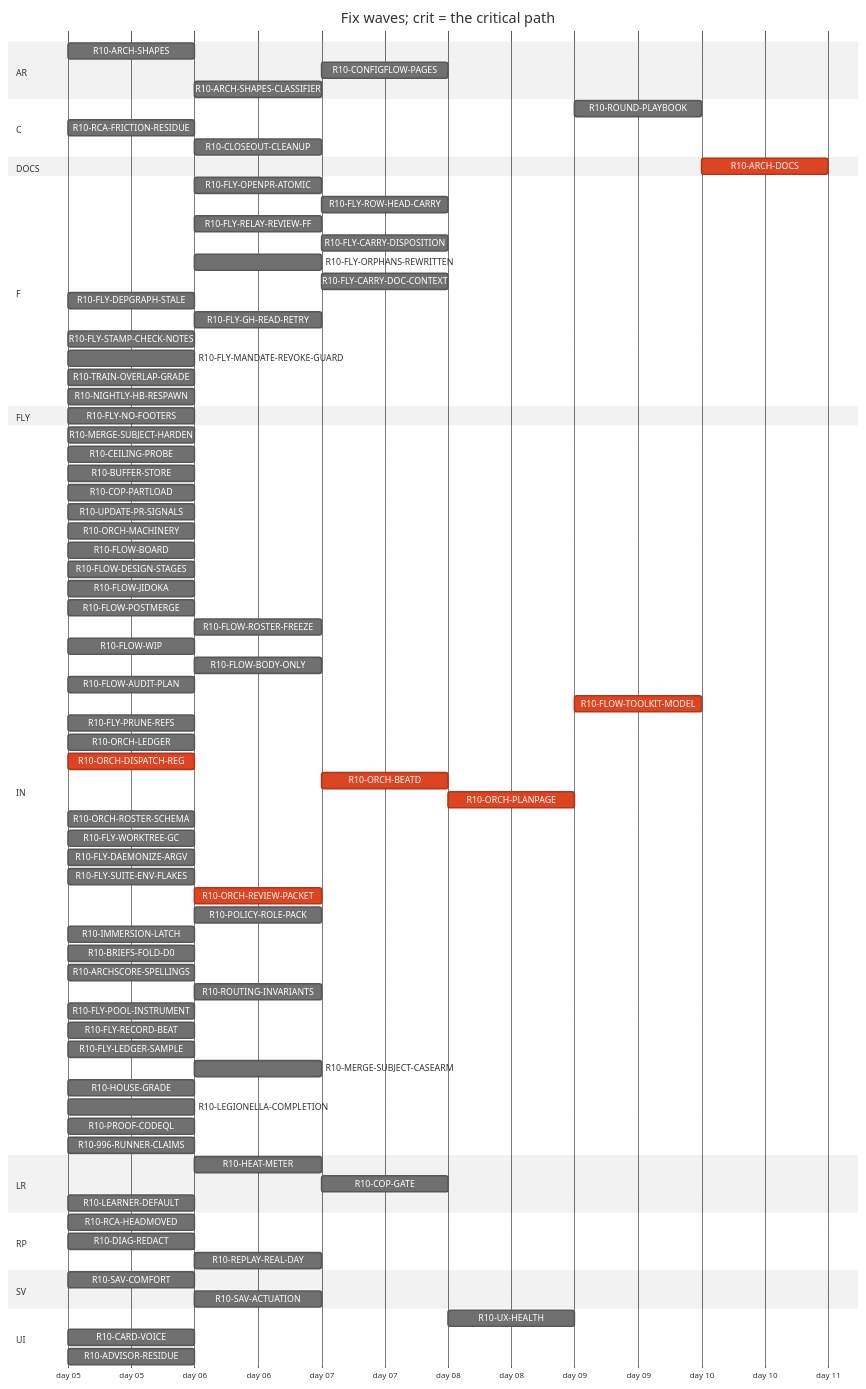
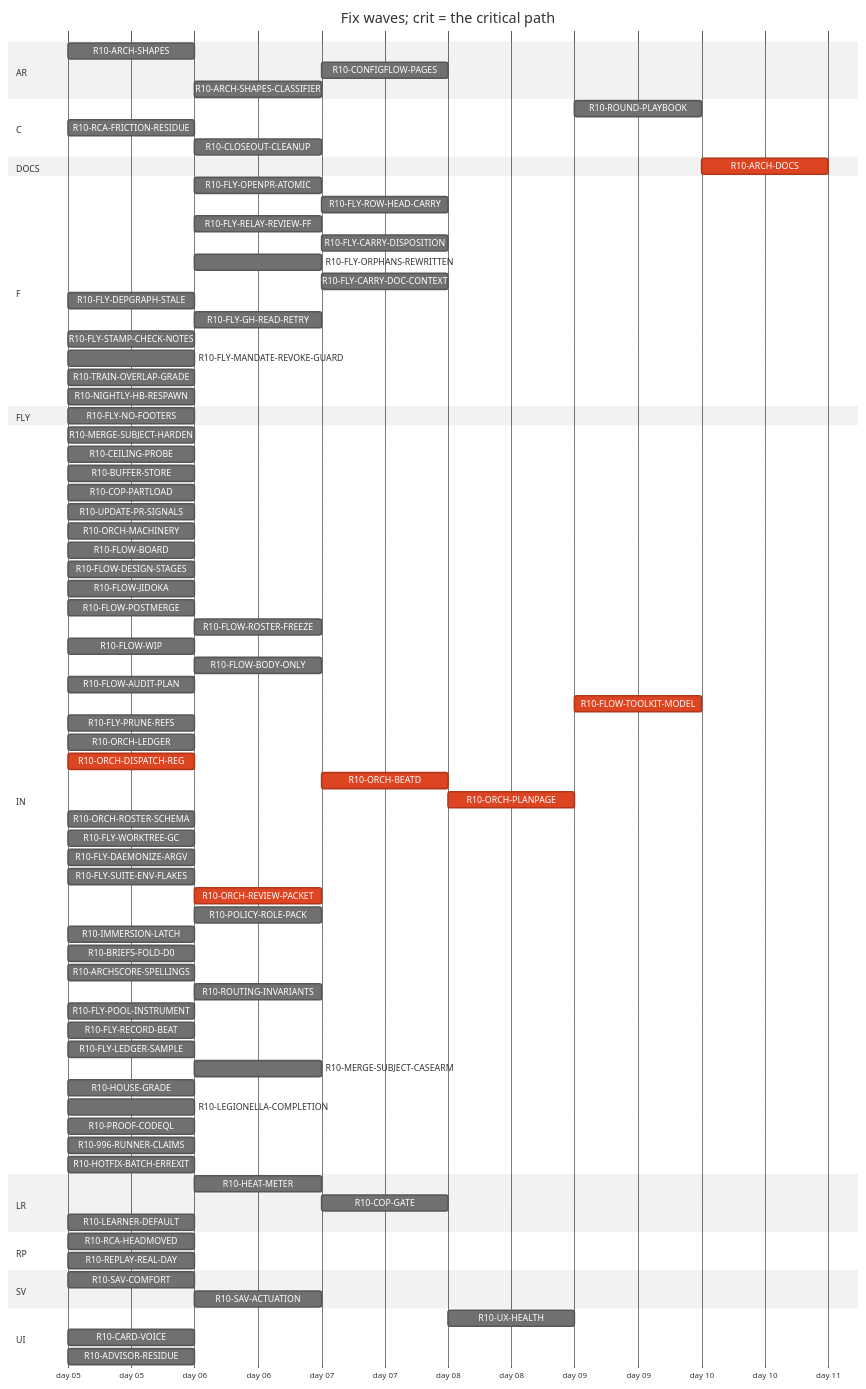
Before and after one commit to tvofi/heatpump_optimizer: the diagram in handoff/round10/state/PLAN-TABLE.md, drawn with Mermaid (neutral theme). The commit also changed other lines of this file and 2 other files, not shown here.

```diff
--- a/handoff/round10/state/PLAN-TABLE.md
+++ b/handoff/round10/state/PLAN-TABLE.md
@@ -34,7 +34,7 @@
     R10-RCA-FRICTION-RESIDUE :r10RCAFRICTIONRESIDUE, 2026-01-05, 1d
     R10-CLOSEOUT-CLEANUP :r10CLOSEOUTCLEANUP, after r10FLYPRUNEREFS r10FLYWORKTREEGC, 1d
   section DOCS
-    R10-ARCH-DOCS :crit, r10ARCHDOCS, after r10ARCHSHAPES r10HEATMETER r10COPGATE r10UXHEALTH r10CONFIGFLOWPAGES r10RCAHEADMOVED r10SAVCOMFORT r10MERGESUBJECTHARDEN r10CEILINGPROBE r10BUFFERSTORE r10COPPARTLOAD r10UPDATEPRSIGNALS r10CARDVOICE r10LEARNERDEFAULT r10FLOWBOARD r10FLOWDESIGNSTAGES r10FLOWJIDOKA r10FLOWPOSTMERGE r10FLOWROSTERFREEZE r10FLOWWIP r10FLOWBODYONLY r10FLYOPENPRATOMIC r10FLYROWHEADCARRY r10FLOWAUDITPLAN r10FLYRELAYREVIEWFF r10FLYCARRYDISPOSITION r10FLYORPHANSREWRITTEN r10FLYCARRYDOCCONTEXT r10FLYDEPGRAPHSTALE r10FLOWTOOLKITMODEL r10FLYSTAMPCHECKNOTES r10FLYMANDATEREVOKEGUARD r10RCAFRICTIONRESIDUE r10TRAINOVERLAPGRADE r10NIGHTLYHBRESPAWN r10FLYPRUNEREFS r10ORCHLEDGER r10ORCHDISPATCHREG r10ORCHBEATD r10ORCHPLANPAGE r10ORCHROSTERSCHEMA r10FLYWORKTREEGC r10FLYDAEMONIZEARGV r10ORCHREVIEWPACKET r10POLICYROLEPACK r10IMMERSIONLATCH r10DIAGREDACT r10ADVISORRESIDUE r10BRIEFSFOLDD0 r10REPLAYREALDAY r10ARCHSCORESPELLINGS r10SAVACTUATION r10FLYLEDGERSAMPLE r10LEGIONELLACOMPLETION, 1d
+    R10-ARCH-DOCS :crit, r10ARCHDOCS, after r10ARCHSHAPES r10HEATMETER r10COPGATE r10UXHEALTH r10CONFIGFLOWPAGES r10RCAHEADMOVED r10SAVCOMFORT r10MERGESUBJECTHARDEN r10CEILINGPROBE r10BUFFERSTORE r10COPPARTLOAD r10UPDATEPRSIGNALS r10CARDVOICE r10LEARNERDEFAULT r10FLOWBOARD r10FLOWDESIGNSTAGES r10FLOWJIDOKA r10FLOWPOSTMERGE r10FLOWROSTERFREEZE r10FLOWWIP r10FLOWBODYONLY r10FLYOPENPRATOMIC r10FLYROWHEADCARRY r10FLOWAUDITPLAN r10FLYRELAYREVIEWFF r10FLYCARRYDISPOSITION r10FLYORPHANSREWRITTEN r10FLYCARRYDOCCONTEXT r10FLYDEPGRAPHSTALE r10FLOWTOOLKITMODEL r10FLYSTAMPCHECKNOTES r10FLYMANDATEREVOKEGUARD r10RCAFRICTIONRESIDUE r10TRAINOVERLAPGRADE r10NIGHTLYHBRESPAWN r10FLYPRUNEREFS r10ORCHLEDGER r10ORCHDISPATCHREG r10ORCHBEATD r10ORCHPLANPAGE r10ORCHROSTERSCHEMA r10FLYWORKTREEGC r10FLYDAEMONIZEARGV r10ORCHREVIEWPACKET r10POLICYROLEPACK r10IMMERSIONLATCH r10ADVISORRESIDUE r10BRIEFSFOLDD0 r10REPLAYREALDAY r10ARCHSCORESPELLINGS r10SAVACTUATION r10FLYLEDGERSAMPLE r10LEGIONELLACOMPLETION, 1d
   section F
     R10-FLY-OPENPR-ATOMIC :r10FLYOPENPRATOMIC, after r10UPDATEPRSIGNALS, 1d
     R10-FLY-ROW-HEAD-CARRY :r10FLYROWHEADCARRY, after r10FLYOPENPRATOMIC, 1d
@@ -89,14 +89,14 @@
     R10-LEGIONELLA-COMPLETION :r10LEGIONELLACOMPLETION, 2026-01-05, 1d
     R10-PROOF-CODEQL :r10PROOFCODEQL, 2026-01-05, 1d
     R10-996-RUNNER-CLAIMS :r10996RUNNERCLAIMS, 2026-01-05, 1d
+    R10-HOTFIX-BATCH-ERREXIT :r10HOTFIXBATCHERREXIT, 2026-01-05, 1d
   section LR
     R10-HEAT-METER :r10HEATMETER, after r10ARCHSHAPES, 1d
     R10-COP-GATE :r10COPGATE, after r10HEATMETER, 1d
     R10-LEARNER-DEFAULT :r10LEARNERDEFAULT, 2026-01-05, 1d
   section RP
     R10-RCA-HEADMOVED :r10RCAHEADMOVED, 2026-01-05, 1d
-    R10-DIAG-REDACT :r10DIAGREDACT, 2026-01-05, 1d
-    R10-REPLAY-REAL-DAY :r10REPLAYREALDAY, after r10DIAGREDACT, 1d
+    R10-REPLAY-REAL-DAY :r10REPLAYREALDAY, 2026-01-05, 1d
   section SV
     R10-SAV-COMFORT :r10SAVCOMFORT, 2026-01-05, 1d
     R10-SAV-ACTUATION :r10SAVACTUATION, after r10SAVCOMFORT, 1d
```
